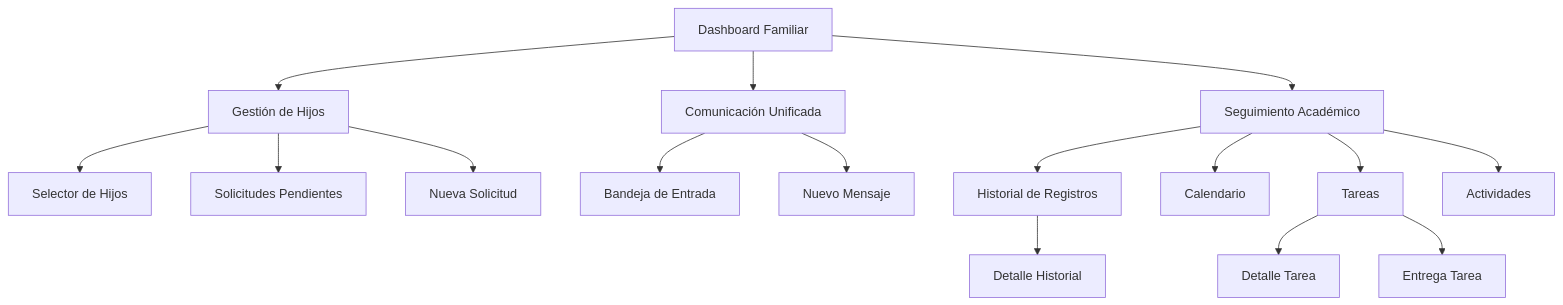
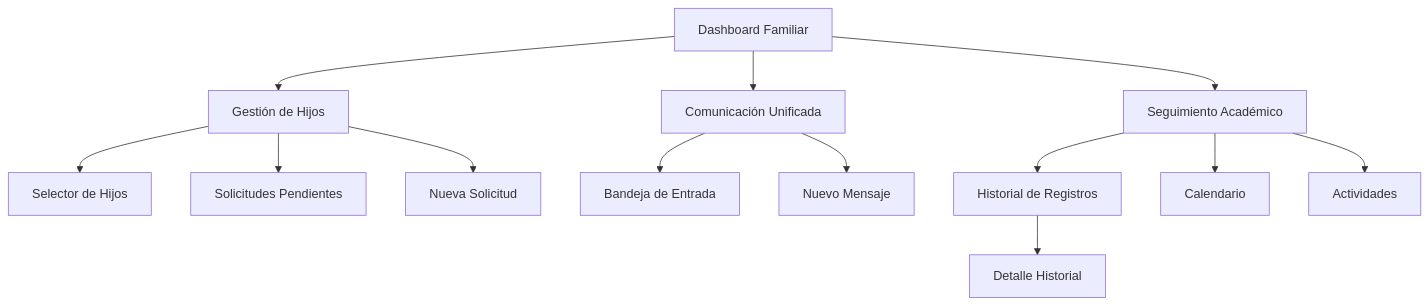
Before and after one commit to Nojabeach/UmeEgunero: the fifth of 6 diagrams in docs/Manual_Usuario.md, drawn with Mermaid. The commit also changed other lines of this file and 71 other files, not shown here.

````diff
--- a/docs/Manual_Usuario.md
+++ b/docs/Manual_Usuario.md
@@ -209,22 +208,19 @@
 ```mermaid
 flowchart TD
     Familiar[Dashboard Familiar] --> GestionHijos[Gestión de Hijos]
     Familiar --> ComUnificada[Comunicación Unificada]
     Familiar --> Seguimiento[Seguimiento Académico]
     
     GestionHijos --> SelectorHijos[Selector de Hijos]
     GestionHijos --> SolicitudesPendientes[Solicitudes Pendientes]
     GestionHijos --> NuevaSolicitud[Nueva Solicitud]
     
     ComUnificada --> Bandeja[Bandeja de Entrada]
     ComUnificada --> Nuevo[Nuevo Mensaje]
     
     Seguimiento --> HistorialReg[Historial de Registros]
     Seguimiento --> Calendario[Calendario]
-    Seguimiento --> Tareas[Tareas]
     Seguimiento --> Actividades[Actividades]
     
     HistorialReg --> DetalleHistorial[Detalle Historial]
-    Tareas --> DetalleTarea[Detalle Tarea]
-    Tareas --> EntregaTarea[Entrega Tarea]
 ```
````
